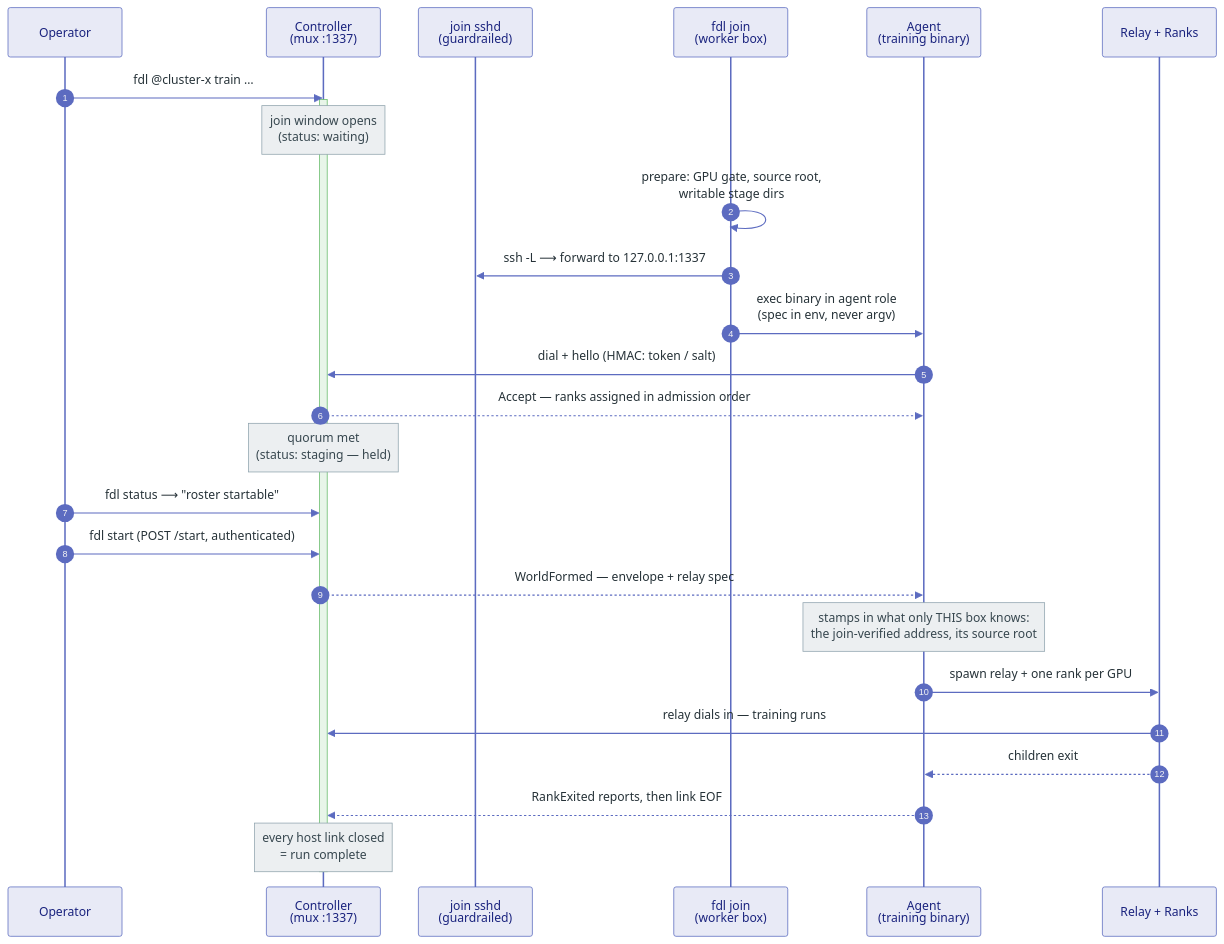
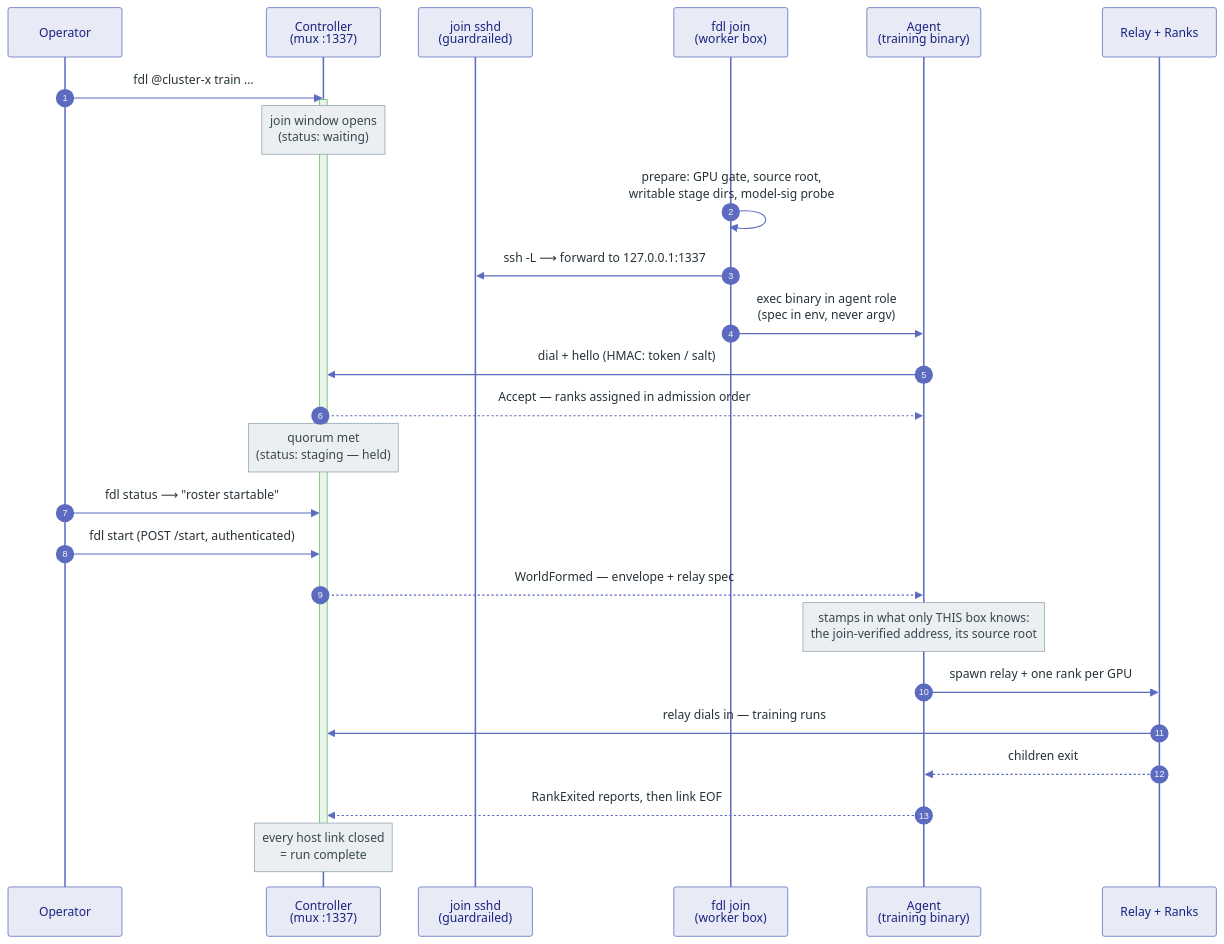
One commit to fab2s/floDl changed the first of 2 diagrams in docs/ddp/02-cluster-guide.md. Above: the diagram before and after it, drawn with Mermaid. The commit also changed 18 other files, not shown here.

Commit message:
join: pre-dial model-sig probe, admission refuses a mismatched walk-in at the door (controller-seeded)

````diff
--- a/docs/ddp/02-cluster-guide.md
+++ b/docs/ddp/02-cluster-guide.md
@@ -138,31 +138,31 @@
 ```mermaid
 %%{init: {"theme":"base","themeVariables":{"actorBkg":"#e8eaf6","actorBorder":"#5c6bc0","actorTextColor":"#1a237e","signalColor":"#5c6bc0","signalTextColor":"#263238","noteBkgColor":"#eceff1","noteBorderColor":"#90a4ae","noteTextColor":"#37474f","labelBoxBkg":"#eceff1","labelBoxBorderColor":"#90a4ae","labelTextColor":"#37474f","activationBkgColor":"#e8f5e9","activationBorderColor":"#66bb6a"}}}%%
 sequenceDiagram
     autonumber
     participant OP as Operator
     participant CTRL as Controller<br/>(mux :1337)
     participant SSHD as join sshd<br/>(guardrailed)
     participant FJ as fdl join<br/>(worker box)
     participant AG as Agent<br/>(training binary)
     participant RR as Relay + Ranks
 
     OP->>CTRL: fdl @cluster-x train …
     activate CTRL
     Note over CTRL: join window opens<br/>(status: waiting)
-    FJ->>FJ: prepare: GPU gate, source root,<br/>writable stage dirs
+    FJ->>FJ: prepare: GPU gate, source root,<br/>writable stage dirs, model-sig probe
     FJ->>SSHD: ssh -L ⟶ forward to 127.0.0.1:1337
     FJ->>AG: exec binary in agent role<br/>(spec in env, never argv)
     AG->>CTRL: dial + hello (HMAC: token / salt)
     CTRL-->>AG: Accept — ranks assigned in admission order
     Note over CTRL: quorum met<br/>(status: staging — held)
     OP->>CTRL: fdl status  ⟶  "roster startable"
     OP->>CTRL: fdl start (POST /start, authenticated)
     CTRL-->>AG: WorldFormed — envelope + relay spec
     Note over AG: stamps in what only THIS box knows:<br/>the join-verified address, its source root
     AG->>RR: spawn relay + one rank per GPU
     RR->>CTRL: relay dials in — training runs
     RR-->>AG: children exit
     AG-->>CTRL: RankExited reports, then link EOF
     Note over CTRL: every host link closed<br/>= run complete
     deactivate CTRL
 ```
````
